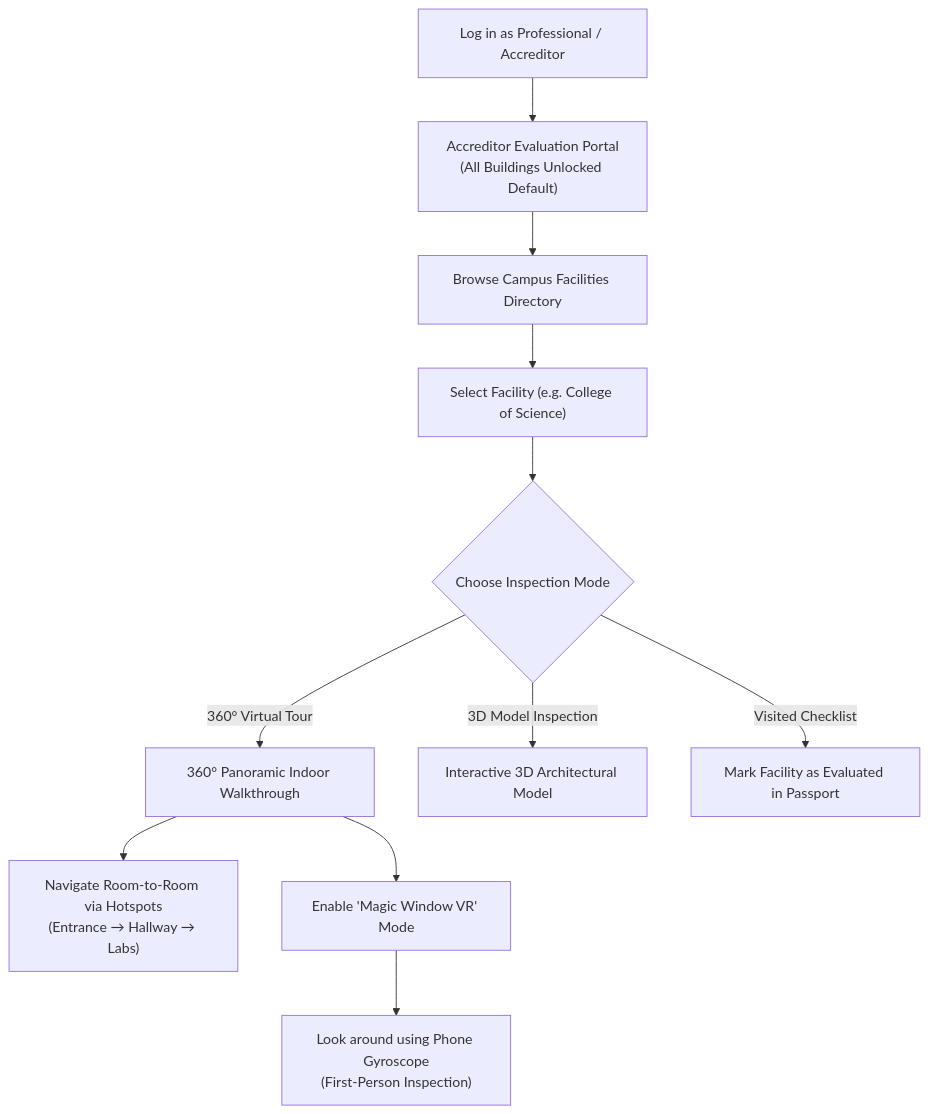
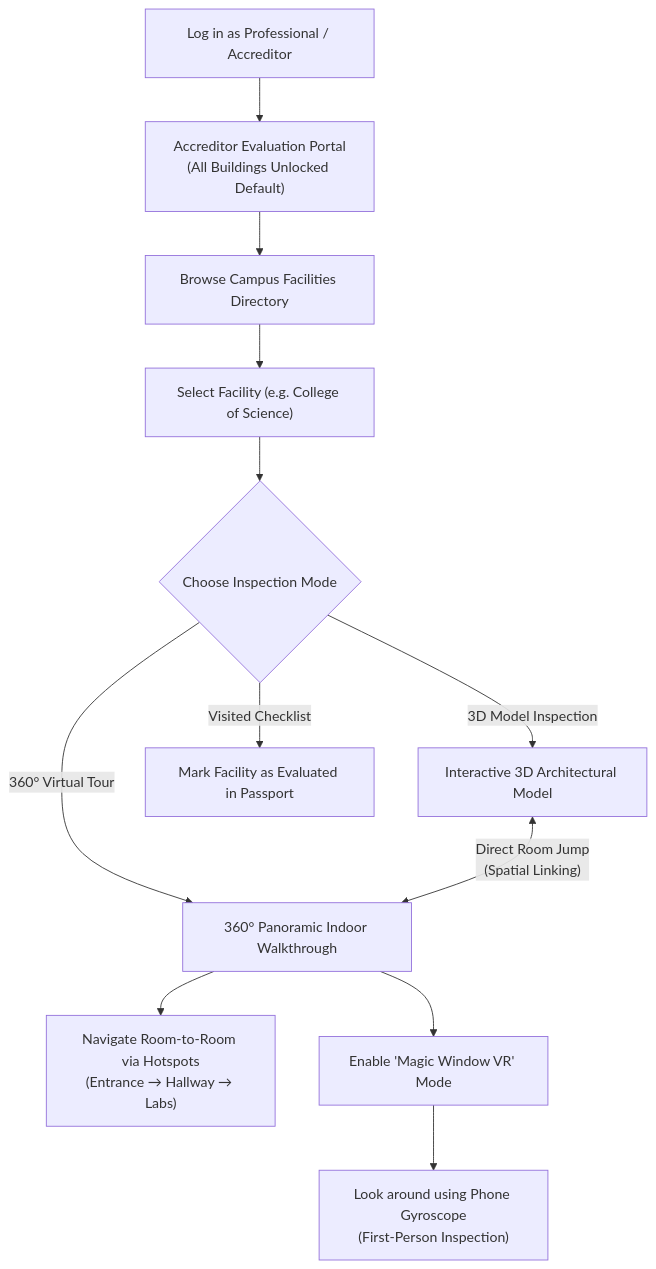
The third of 7 diagrams in user-flow.md (Cipher-Syntax/ARQuest), drawn with Mermaid before and after one commit. The commit also changed other lines of this file and 8 other files, not shown here.

Commit message:
docs: update system architecture, diagrams, and models for units 30 and 31

````diff
--- a/user-flow.md
+++ b/user-flow.md
@@ -82,18 +84,20 @@
 ```mermaid
 flowchart TD
     PROF_LOGIN["Log in as Professional / Accreditor"]
     PROF_LOGIN --> PROF_PORTAL["Accreditor Evaluation Portal\n(All Buildings Unlocked Default)"]
 
     PROF_PORTAL --> DIRECTORY["Browse Campus Facilities Directory"]
     DIRECTORY --> SELECT_BLDG["Select Facility (e.g. College of Science)"]
 
     SELECT_BLDG --> EVAL_CHOICE{"Choose Inspection Mode"}
 
     EVAL_CHOICE -->|"360° Virtual Tour"| PANO_VIEW["360° Panoramic Indoor Walkthrough"]
     EVAL_CHOICE -->|"3D Model Inspection"| MODEL_VIEW["Interactive 3D Architectural Model"]
     EVAL_CHOICE -->|"Visited Checklist"| CHECKLIST["Mark Facility as Evaluated in Passport"]
 
     PANO_VIEW --> HOTSPOTS["Navigate Room-to-Room via Hotspots\n(Entrance → Hallway → Labs)"]
     PANO_VIEW --> VR_TOGGLE["Enable 'Magic Window VR' Mode"]
     VR_TOGGLE --> GYRO["Look around using Phone Gyroscope\n(First-Person Inspection)"]
+
+    MODEL_VIEW <-->|"Direct Room Jump\n(Spatial Linking)"| PANO_VIEW
 ```
````
